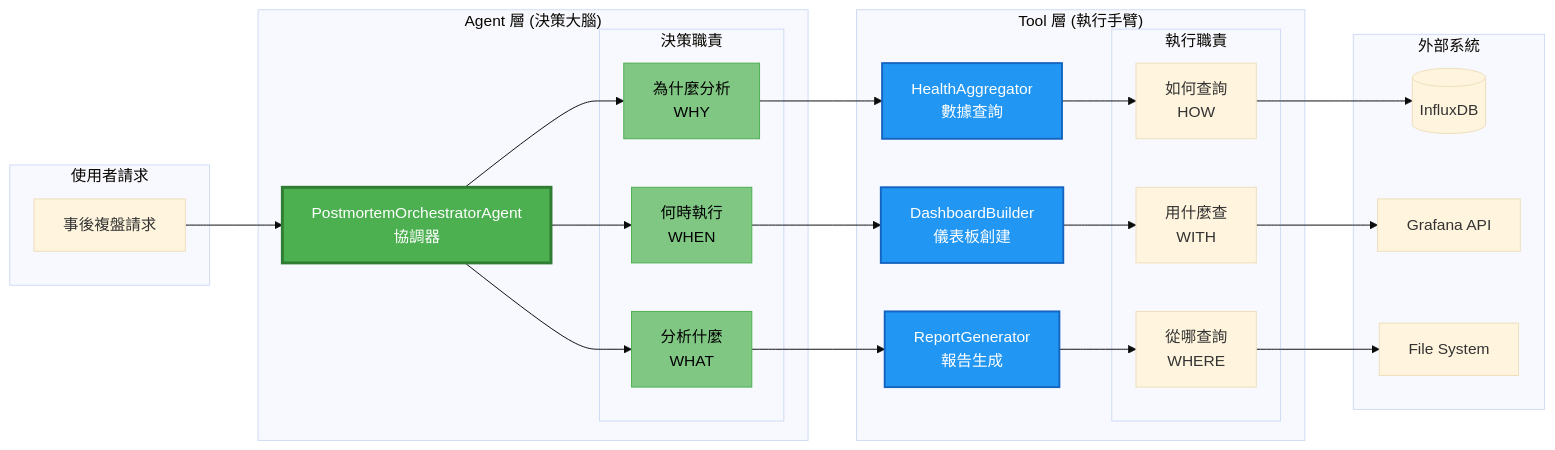
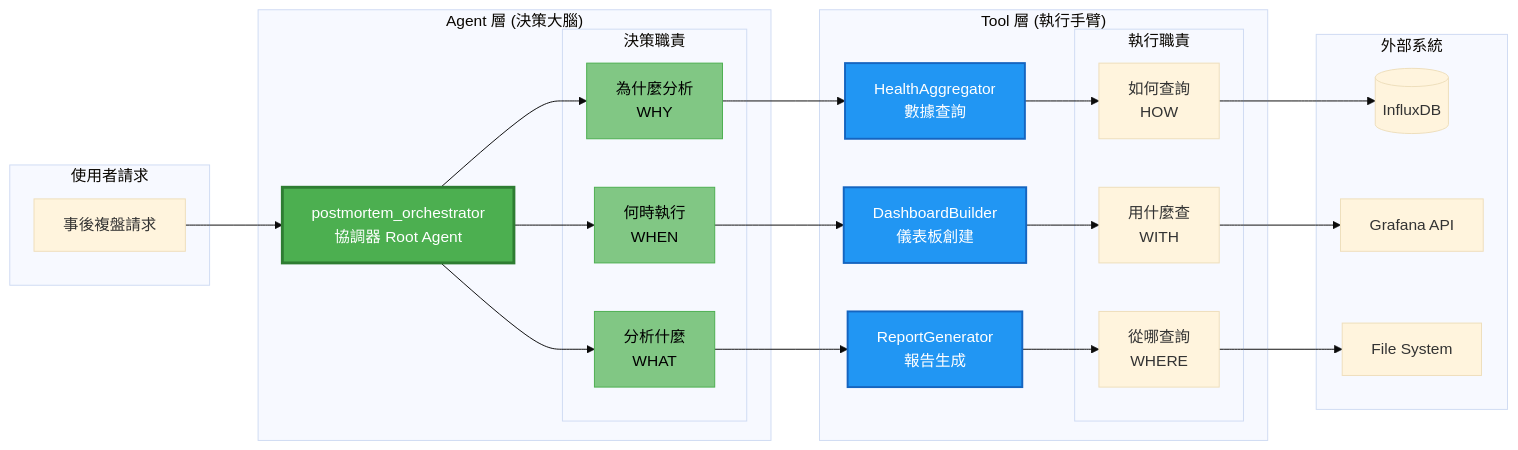
One commit to detectviz/detectviz-platform changed the second of 3 diagrams in python-adk-runtime/README.md. Above: the diagram before and after it, drawn with Mermaid. The commit also changed other lines of this file and 60 other files, not shown here.

````diff
--- a/python-adk-runtime/README.md
+++ b/python-adk-runtime/README.md
@@ -46,63 +47,63 @@
 ```mermaid
 %%{init: {'theme':'base'}}%%
 
 graph LR
     subgraph "使用者請求"
         REQ[事後複盤請求]
     end
     
     subgraph "Agent 層 (決策大腦)"
         subgraph "決策職責"
             D1[為什麼分析<br/>WHY]
             D2[分析什麼<br/>WHAT]
             D3[何時執行<br/>WHEN]
         end
         
-        AGENT[PostmortemOrchestratorAgent<br/>協調器]
+        AGENT[postmortem_orchestrator<br/>協調器 Root Agent]
     end
     
     subgraph "Tool 層 (執行手臂)"
         subgraph "執行職責"
             E1[如何查詢<br/>HOW]
             E2[從哪查詢<br/>WHERE]
             E3[用什麼查<br/>WITH]
         end
         
         TOOL1[HealthAggregator<br/>數據查詢]
         TOOL2[ReportGenerator<br/>報告生成]
         TOOL3[DashboardBuilder<br/>儀表板創建]
     end
     
     subgraph "外部系統"
         DB[(InfluxDB)]
         GF[Grafana API]
         FS[File System]
     end
     
     REQ --> AGENT
     
     AGENT --> D1
     AGENT --> D2
     AGENT --> D3
     
     D1 --> TOOL1
     D2 --> TOOL2
     D3 --> TOOL3
     
     TOOL1 --> E1
     TOOL2 --> E2
     TOOL3 --> E3
     
     E1 --> DB
     E2 --> FS
     E3 --> GF
     
     style AGENT fill:#4CAF50,stroke:#2E7D32,color:#FFF,stroke-width:3px
     style D1 fill:#81C784,stroke:#4CAF50,color:#000
     style D2 fill:#81C784,stroke:#4CAF50,color:#000
     style D3 fill:#81C784,stroke:#4CAF50,color:#000
     
     style TOOL1 fill:#2196F3,stroke:#1565C0,color:#FFF,stroke-width:2px
     style TOOL2 fill:#2196F3,stroke:#1565C0,color:#FFF,stroke-width:2px
     style TOOL3 fill:#2196F3,stroke:#1565C0,color:#FFF,stroke-width:2px
 ```
````
